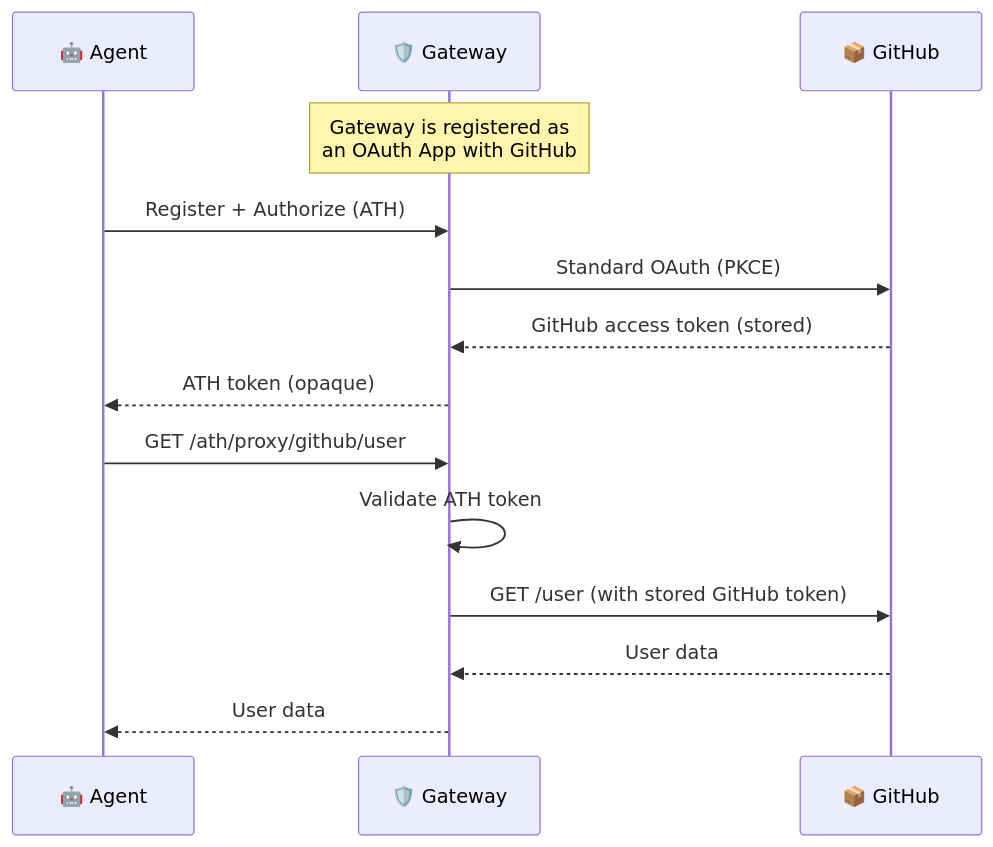
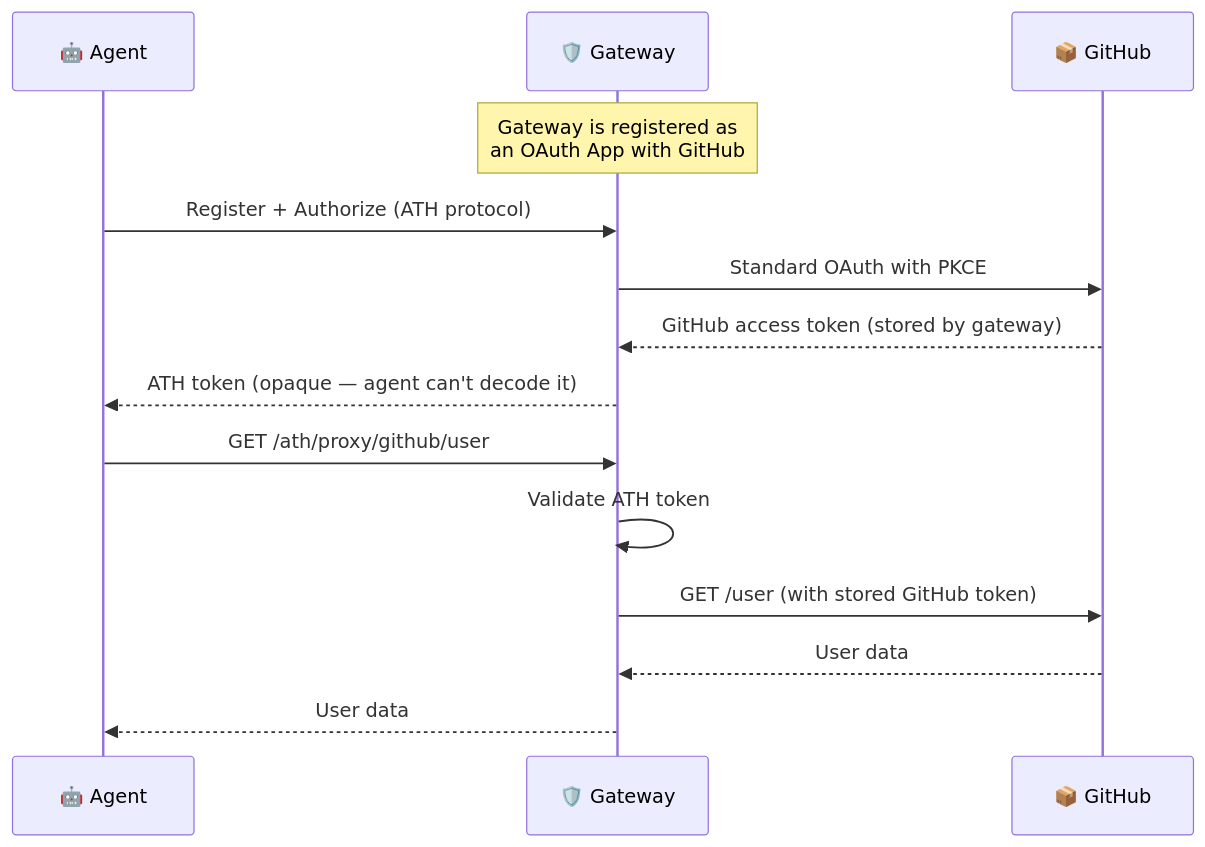
One commit to ath-protocol/docs changed the third of 3 diagrams in setup-gateway/tutorial.mdx. Above: the diagram before and after it, drawn with Mermaid. The commit also changed other lines of this file and 9 other files, not shown here.

````diff
--- a/setup-gateway/tutorial.mdx
+++ b/setup-gateway/tutorial.mdx
@@ -132,19 +172,19 @@
 ```mermaid
 sequenceDiagram
     participant Agent as 🤖 Agent
     participant GW as 🛡️ Gateway
     participant GitHub as 📦 GitHub
 
     Note over GW: Gateway is registered as<br/>an OAuth App with GitHub
 
-    Agent->>GW: Register + Authorize (ATH)
-    GW->>GitHub: Standard OAuth (PKCE)
-    GitHub-->>GW: GitHub access token (stored)
-    GW-->>Agent: ATH token (opaque)
+    Agent->>GW: Register + Authorize (ATH protocol)
+    GW->>GitHub: Standard OAuth with PKCE
+    GitHub-->>GW: GitHub access token (stored by gateway)
+    GW-->>Agent: ATH token (opaque — agent can't decode it)
 
     Agent->>GW: GET /ath/proxy/github/user
     GW->>GW: Validate ATH token
     GW->>GitHub: GET /user (with stored GitHub token)
     GitHub-->>GW: User data
     GW-->>Agent: User data
 ```
````
